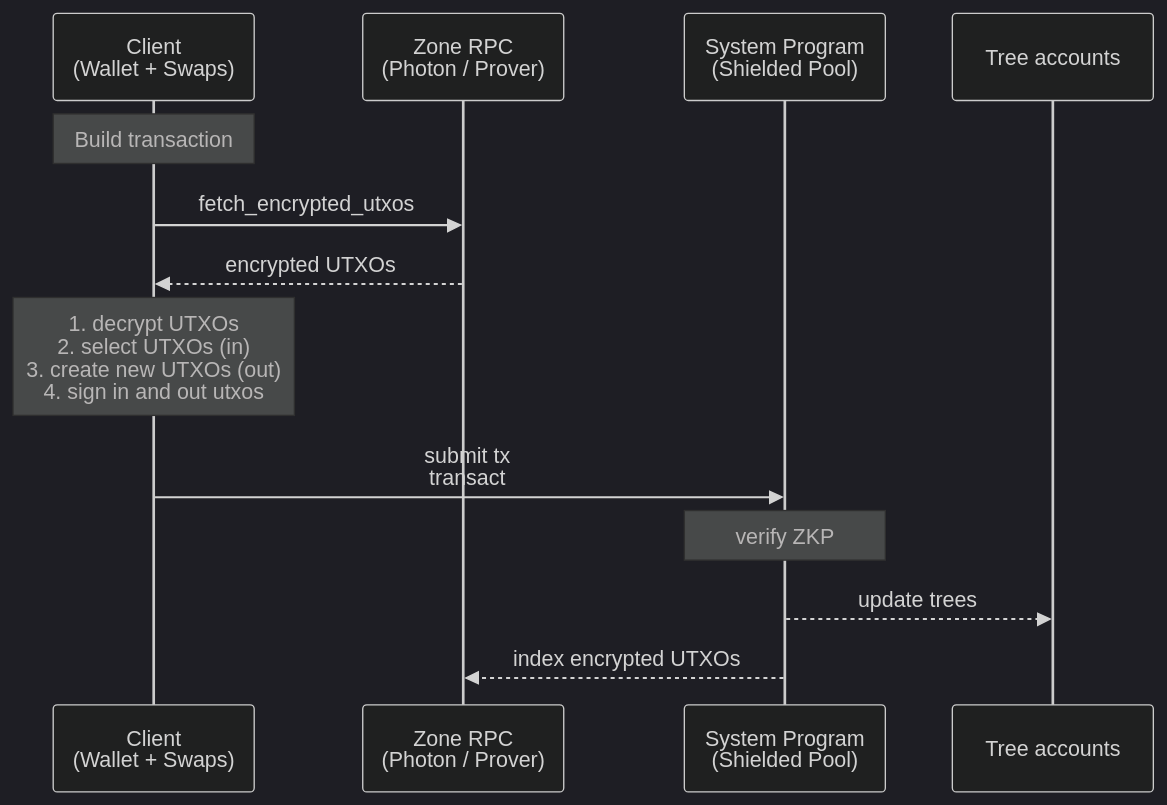
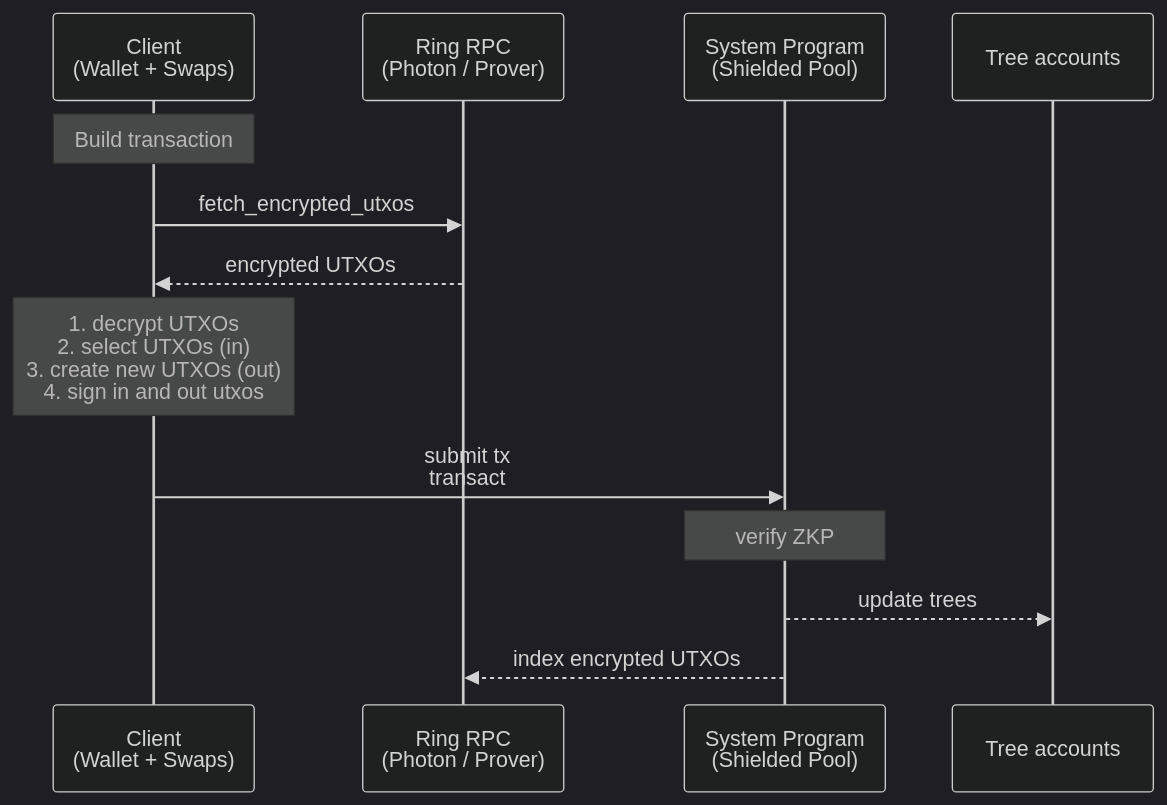
The first of 5 diagrams in docs/spec.md (helius-labs/zolana), drawn with Mermaid (dark theme) before and after one commit. The commit also changed other lines of this file and 359 other files, not shown here.

Commit message:
chore: rename zone to ring

````diff
--- a/docs/spec.md
+++ b/docs/spec.md
@@ -179,17 +179,17 @@
 ```mermaid
 sequenceDiagram
     participant Client as Client<br>(Wallet + Swaps)
-    participant ZoneRPC as Zone RPC<br>(Photon / Prover)
+    participant RingRPC as Ring RPC<br>(Photon / Prover)
     participant System as System Program<br>(Shielded Pool)
     participant Trees as Tree accounts
 
     Note over Client: Build transaction
-    Client->>ZoneRPC: fetch_encrypted_utxos
-    ZoneRPC-->>Client: encrypted UTXOs
+    Client->>RingRPC: fetch_encrypted_utxos
+    RingRPC-->>Client: encrypted UTXOs
     Note over Client: 1. decrypt UTXOs <br> 2. select UTXOs (in) <br> 3. create new UTXOs (out) <br> 4. sign in and out utxos
     Client->>System: submit tx<br>transact
 
     Note over System: verify ZKP
     System-->>Trees: update trees
-    System-->>ZoneRPC: index encrypted UTXOs
+    System-->>RingRPC: index encrypted UTXOs
 ```
````
